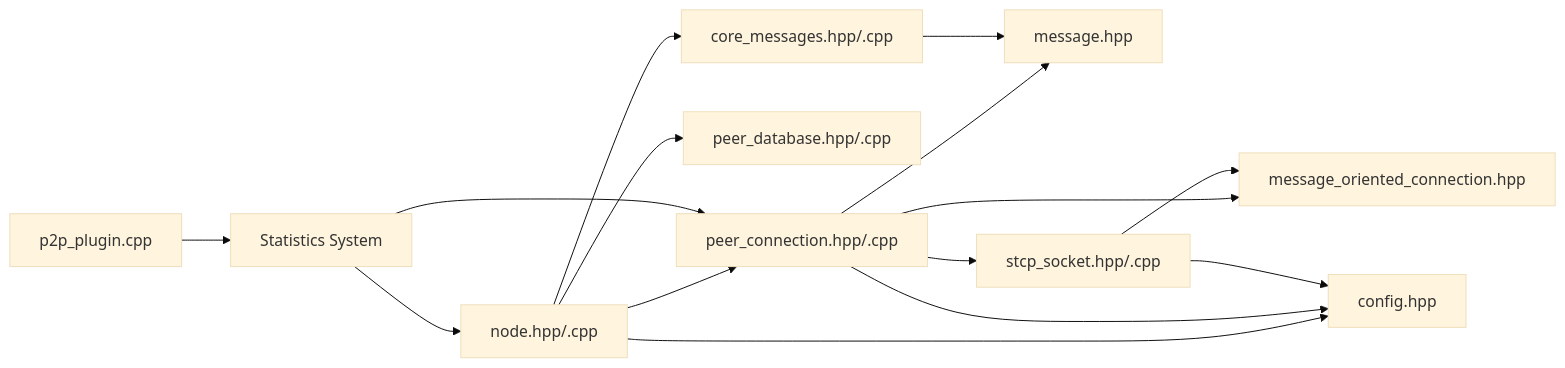
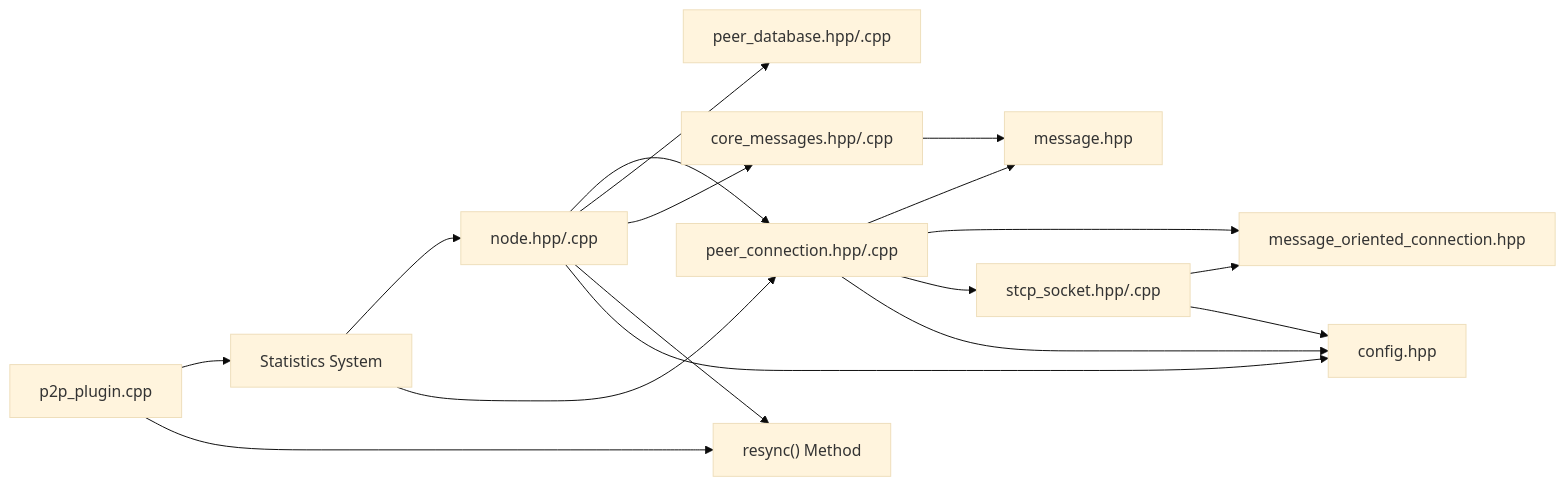
One commit to VIZ-Blockchain/viz-cpp-node changed diagram 13 of 13 in .qoder/repowiki/en/content/Architecture Overview/Core Libraries/Network Library/Network Library.md. Above: the diagram before and after it, drawn with Mermaid (base theme). The commit also changed other lines of this file and 11 other files, not shown here.

First line of the commit message:
docs(network): add resync() method docs and enhance peer statistics logging

````diff
--- a/.qoder/repowiki/en/content/Architecture Overview/Core Libraries/Network Library/Network Library.md
+++ b/.qoder/repowiki/en/content/Architecture Overview/Core Libraries/Network Library/Network Library.md
@@ -593,17 +665,19 @@
 ```mermaid
 graph LR
 Node["node.hpp/.cpp"] --> PeerConn["peer_connection.hpp/.cpp"]
 Node --> PeerDB["peer_database.hpp/.cpp"]
 Node --> CoreMsg["core_messages.hpp/.cpp"]
+Node --> Resync["resync() Method"]
 PeerConn --> Msg["message.hpp"]
 PeerConn --> MOC["message_oriented_connection.hpp"]
 PeerConn --> STCP["stcp_socket.hpp/.cpp"]
 CoreMsg --> Msg
 STCP --> MOC
 Node --> Cfg["config.hpp"]
 PeerConn --> Cfg
 STCP --> Cfg
 Stats["Statistics System"] --> Node
 Stats --> PeerConn
 P2P["p2p_plugin.cpp"] --> Stats
+P2P --> Resync
 ```
````
